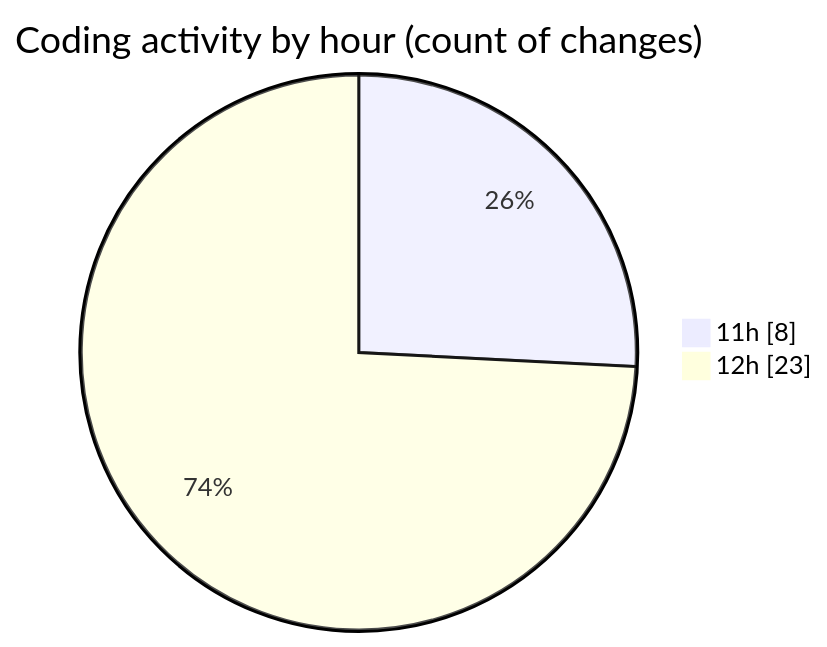
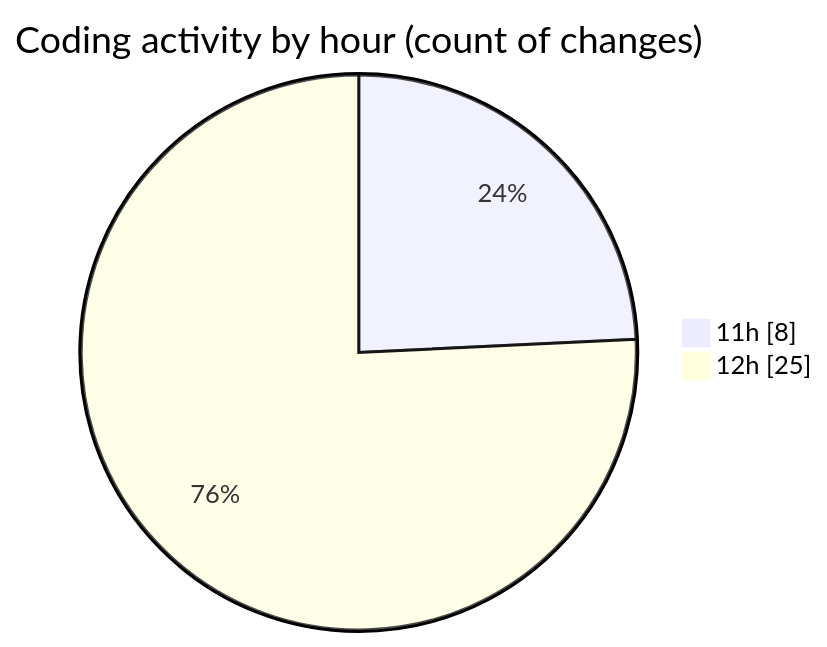
The second of 2 diagrams in 2025-05-04/project/README.md (BS-eng2023/code-tracking), drawn with Mermaid before and after one commit. The commit also changed other lines of this file and 1 other file, not shown here.

````diff
--- a/2025-05-04/project/README.md
+++ b/2025-05-04/project/README.md
@@ -45,6 +45,6 @@
 ```mermaid
 pie showData
 title Coding activity by hour (count of changes)
 "11h" : 8
-"12h" : 23
+"12h" : 25
 ```
````
